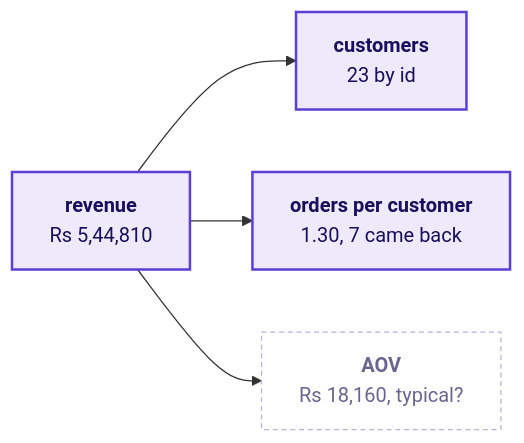
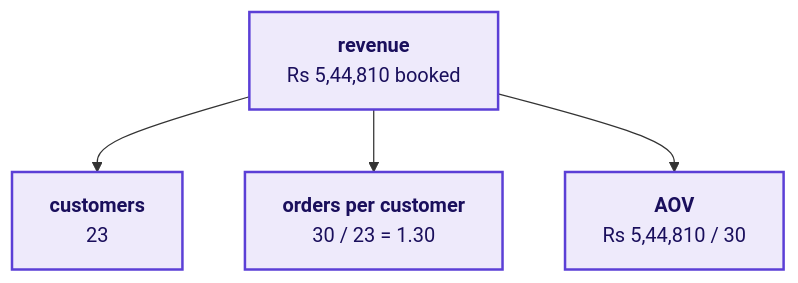
One commit to fde-academy-lab/c2-content-factory changed diagram 23 of 31 in content/W01/D1/slides/C2_W01_D01_half1_STUDENT.md. Above: the diagram before and after it, drawn with Mermaid. The commit also changed other lines of this file and 22 other files, not shown here.

````diff
--- a/content/W01/D1/slides/C2_W01_D01_half1_STUDENT.md
+++ b/content/W01/D1/slides/C2_W01_D01_half1_STUDENT.md
@@ -905,10 +1284,8 @@
 ```mermaid
-flowchart LR
-    R["<b>revenue</b><br/>Rs 5,44,810"] --> C["<b>customers</b><br/>23 by id"]
-    R --> F["<b>orders per customer</b><br/>1.30, 7 came back"]
-    R --> A["<b>AOV</b><br/>Rs 18,160, typical?"]
+flowchart TB
+    R["<b>revenue</b><br/>Rs 5,44,810 booked"] --> C["<b>customers</b><br/>23"]
+    R --> F["<b>orders per customer</b><br/>30 / 23 = 1.30"]
+    R --> A["<b>AOV</b><br/>Rs 5,44,810 / 30"]
     classDef known fill:#EEEAFB,stroke:#5B3FD6,color:#1A0F5C,stroke-width:2px
-    classDef unknown fill:#FFFFFF,stroke:#B8B2D6,color:#6B6690,stroke-dasharray:4 3
-    class R,C,F known
-    class A unknown
+    class R,C,F,A known
 ```
````
